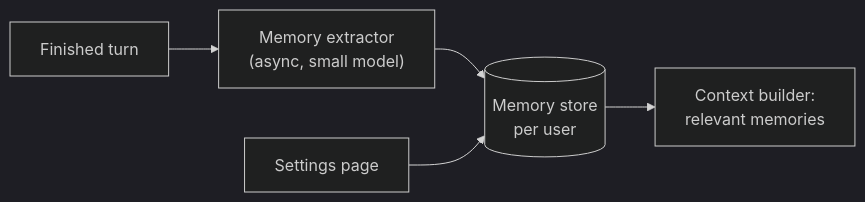
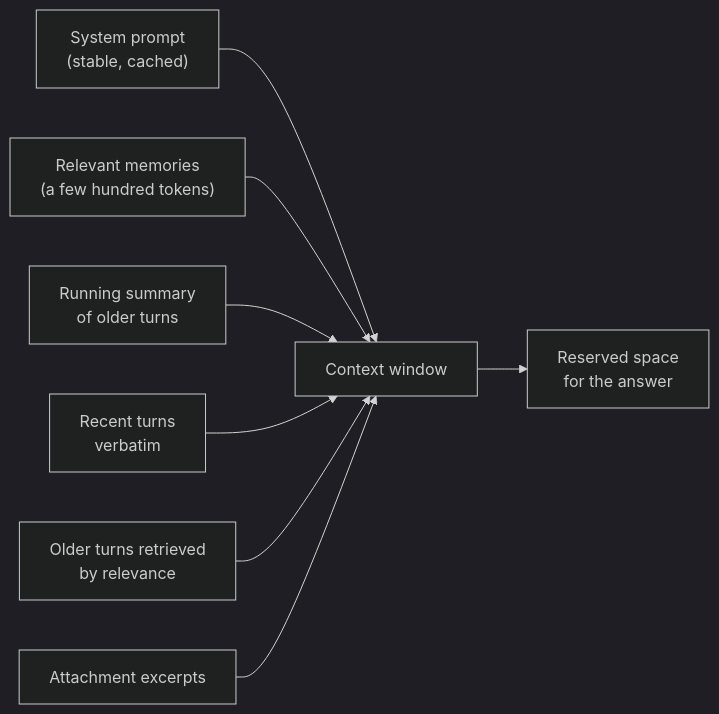
One commit to shubamchaudhary/CodeNITW changed the third of 3 diagrams in src/Data/aiStackDocs/DP-03.md. Above: the diagram before and after it, drawn with Mermaid (dark theme). The commit also changed other lines of this file and 52 other files, not shown here.

````diff
--- a/src/Data/aiStackDocs/DP-03.md
+++ b/src/Data/aiStackDocs/DP-03.md
@@ -84,7 +100,10 @@
 ```mermaid
 flowchart LR
-    T["Finished turn"] --> EX["Memory extractor<br/>(async, small model)"]
-    EX --> MS[("Memory store<br/>per user")]
-    MS --> CB["Context builder:<br/>relevant memories"]
-    U["Settings page"] --> MS
+    SP["System prompt<br/>(stable, cached)"] --> CW["Context window"]
+    ME["Relevant memories<br/>(a few hundred tokens)"] --> CW
+    SU["Running summary<br/>of older turns"] --> CW
+    RC["Recent turns<br/>verbatim"] --> CW
+    RT["Older turns retrieved<br/>by relevance"] --> CW
+    AT["Attachment excerpts"] --> CW
+    CW --> RS["Reserved space<br/>for the answer"]
 ```
````
